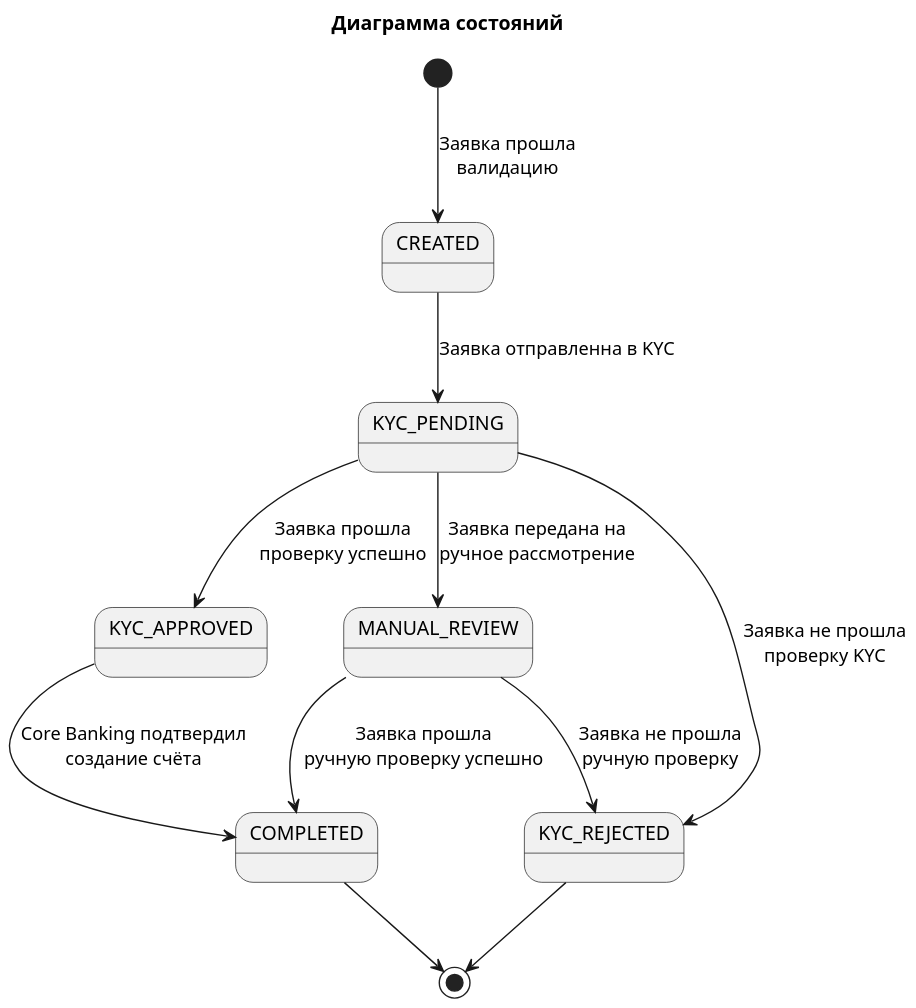
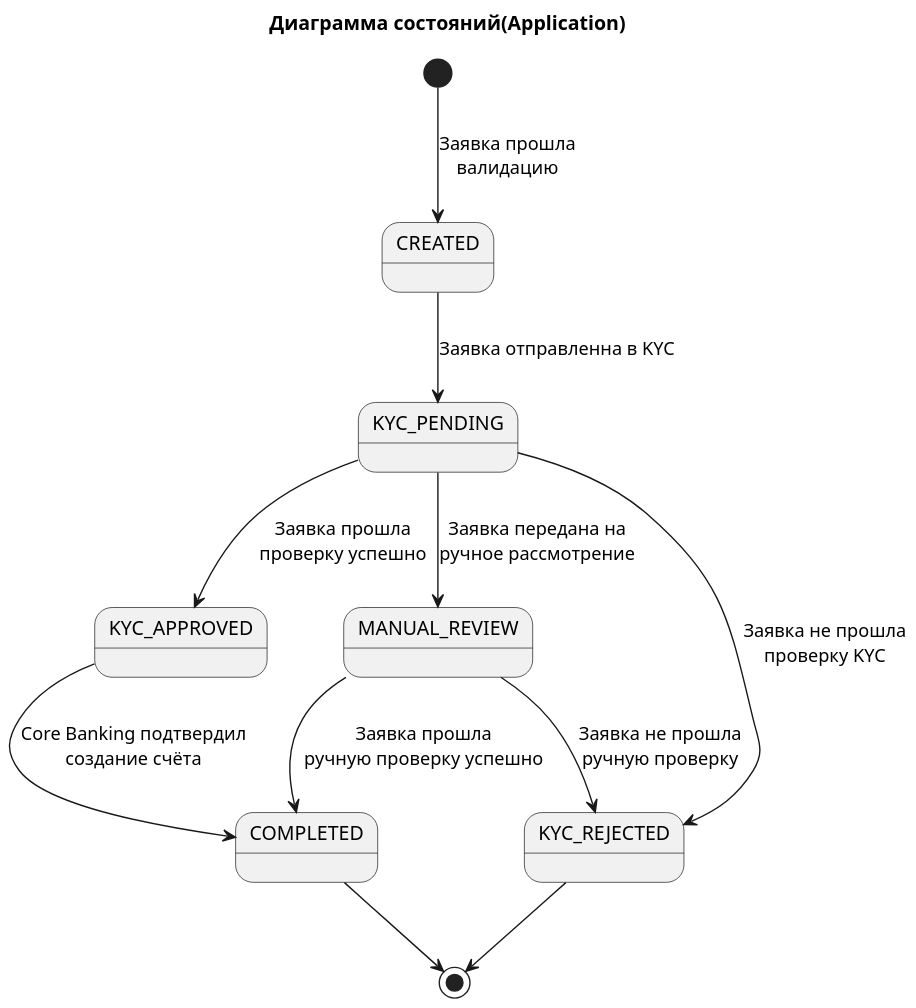
Before and after one commit to PulyaIvan/digital-client-onboarding: the diagram in diagrams/state/Диаграмма состояний(Application).puml, drawn with PlantUML. The commit also changed 5 other files, not shown here.

Commit message:
feat: обновил диаграммы состояний для Application и Debit_account, добавил ERD в формате dbdiagram и dbml

```diff
--- a/diagrams/state/Диаграмма состояний(Application).puml
+++ b/diagrams/state/Диаграмма состояний(Application).puml
@@ -1,14 +1,14 @@
 @startuml Диаграмма состояний(Application)
-title Диаграмма состояний
+title Диаграмма состояний(Application)
 scale 1.5
 [*] --> CREATED: Заявка прошла\nвалидацию 
 CREATED --> KYC_PENDING: Заявка отправленна в KYC
 KYC_PENDING --> KYC_APPROVED: Заявка прошла\nпроверку успешно
 KYC_PENDING --> KYC_REJECTED: Заявка не прошла\nпроверку KYC
 KYC_PENDING --> MANUAL_REVIEW: Заявка передана на\nручное рассмотрение
 KYC_APPROVED --> COMPLETED: Core Banking подтвердил\nсоздание счёта
 MANUAL_REVIEW --> COMPLETED: Заявка прошла\nручную проверку успешно
 MANUAL_REVIEW --> KYC_REJECTED: Заявка не прошла\nручную проверку
 COMPLETED --> [*]
 KYC_REJECTED --> [*]
 @enduml
```
